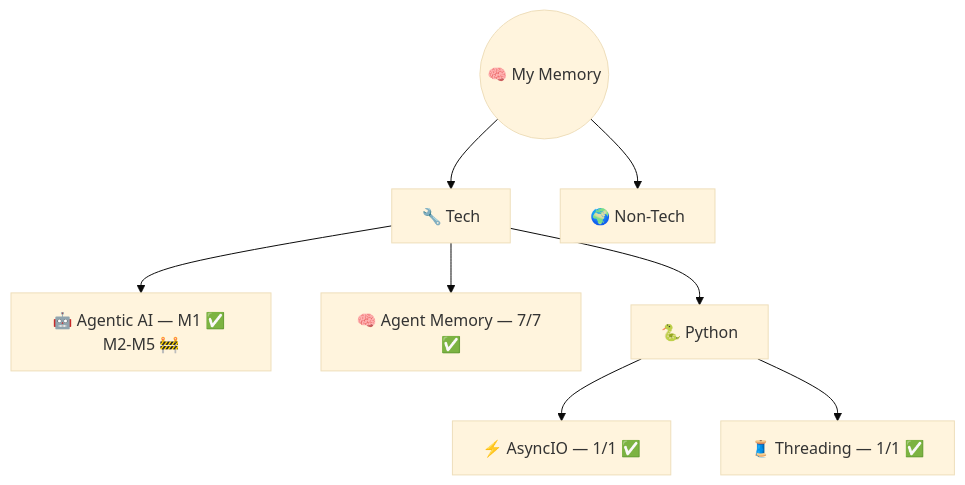
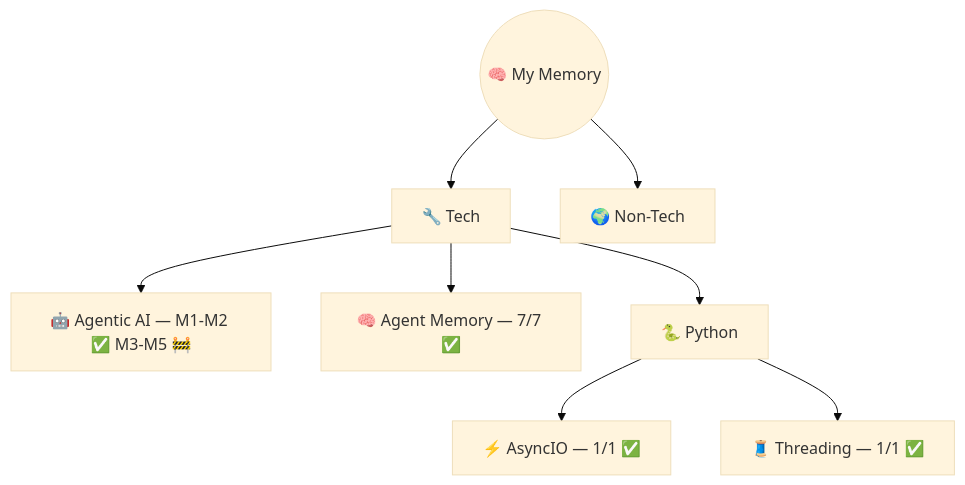
The diagram in README.md (AyushSonuu/my-memory), drawn with Mermaid (base theme) before and after one commit. The commit also changed other lines of this file and 160 other files, not shown here.

````diff
--- a/README.md
+++ b/README.md
@@ -23,12 +23,12 @@
 ```mermaid
 graph TB
     ROOT(("🧠 My Memory"))
     ROOT --> TECH["🔧 Tech"]
     ROOT --> NT["🌍 Non-Tech"]
     
-    TECH --> AG["🤖 Agentic AI — M1 ✅ M2-M5 🚧"]
+    TECH --> AG["🤖 Agentic AI — M1-M2 ✅ M3-M5 🚧"]
     TECH --> AM["🧠 Agent Memory — 7/7 ✅"]
     TECH --> PY["🐍 Python"]
     PY --> AIO["⚡ AsyncIO — 1/1 ✅"]
     PY --> THR["🧵 Threading — 1/1 ✅"]
 ```
````
